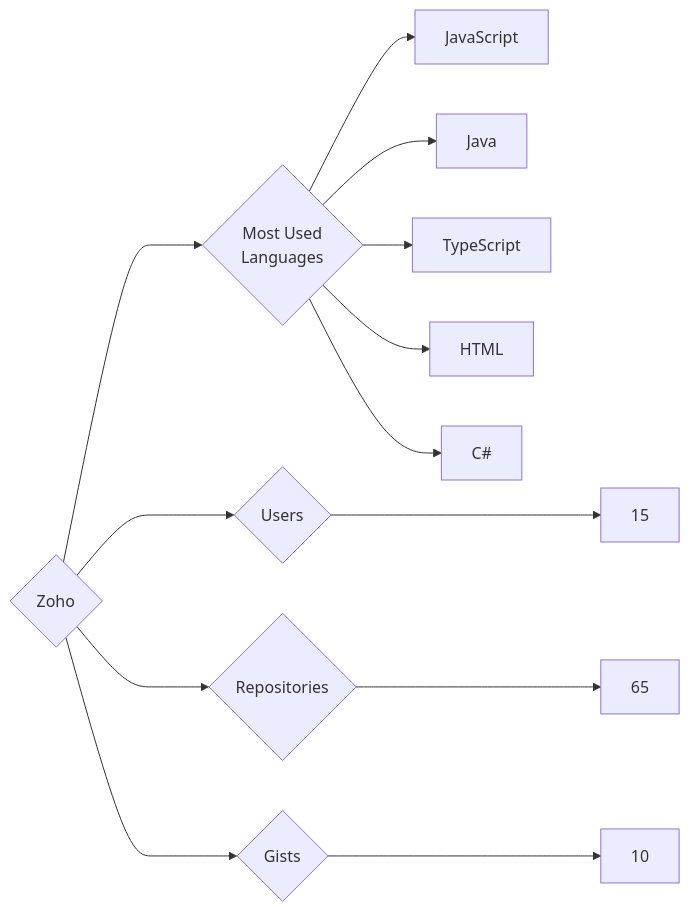
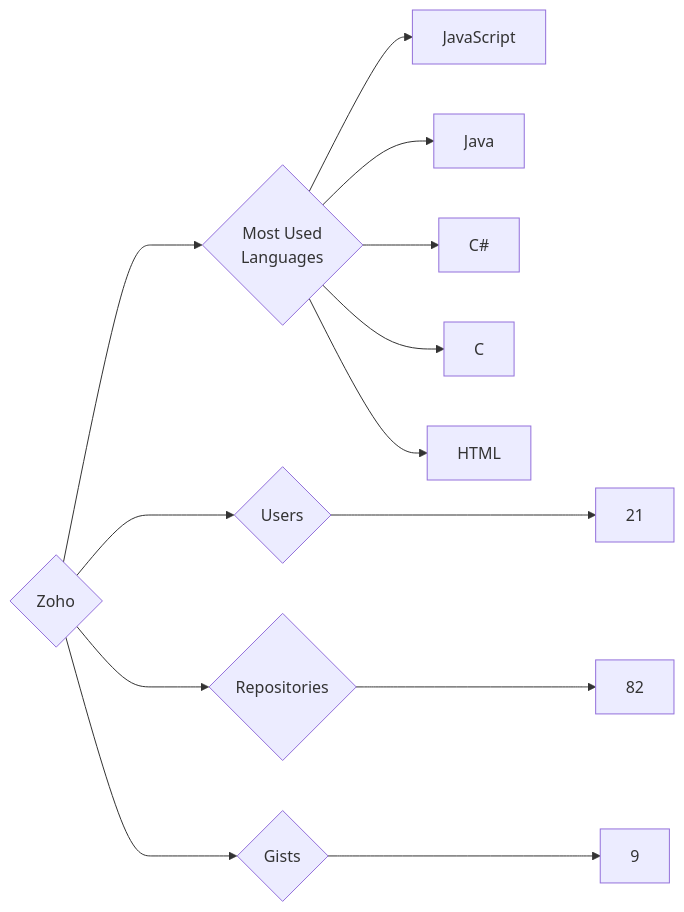
Before and after one commit to trickest/insiders: the diagram in targets/Zoho/README.md, drawn with Mermaid. The commit also changed 1011 other files, not shown here.

````diff
--- a/targets/Zoho/README.md
+++ b/targets/Zoho/README.md
@@ -3,13 +3,13 @@
 ```mermaid
 graph LR
 COMPANY_NAME{Zoho}
-COMPANY_NAME ---> U{Users} ---> UN[15]
-COMPANY_NAME ---> R{Repositories} ---> RN[65]
-COMPANY_NAME ---> G{Gists} ---> GN[10]
+COMPANY_NAME ---> U{Users} ---> UN[21]
+COMPANY_NAME ---> R{Repositories} ---> RN[82]
+COMPANY_NAME ---> G{Gists} ---> GN[9]
 COMPANY_NAME ---> ML{Most Used<br>Languages}
 ML --> JavaScript[JavaScript]
 ML --> Java[Java]
-ML --> TypeScript[TypeScript]
+ML --> C#[C#]
+ML --> C[C]
 ML --> HTML[HTML]
-ML --> C#[C#]
 ```
````
